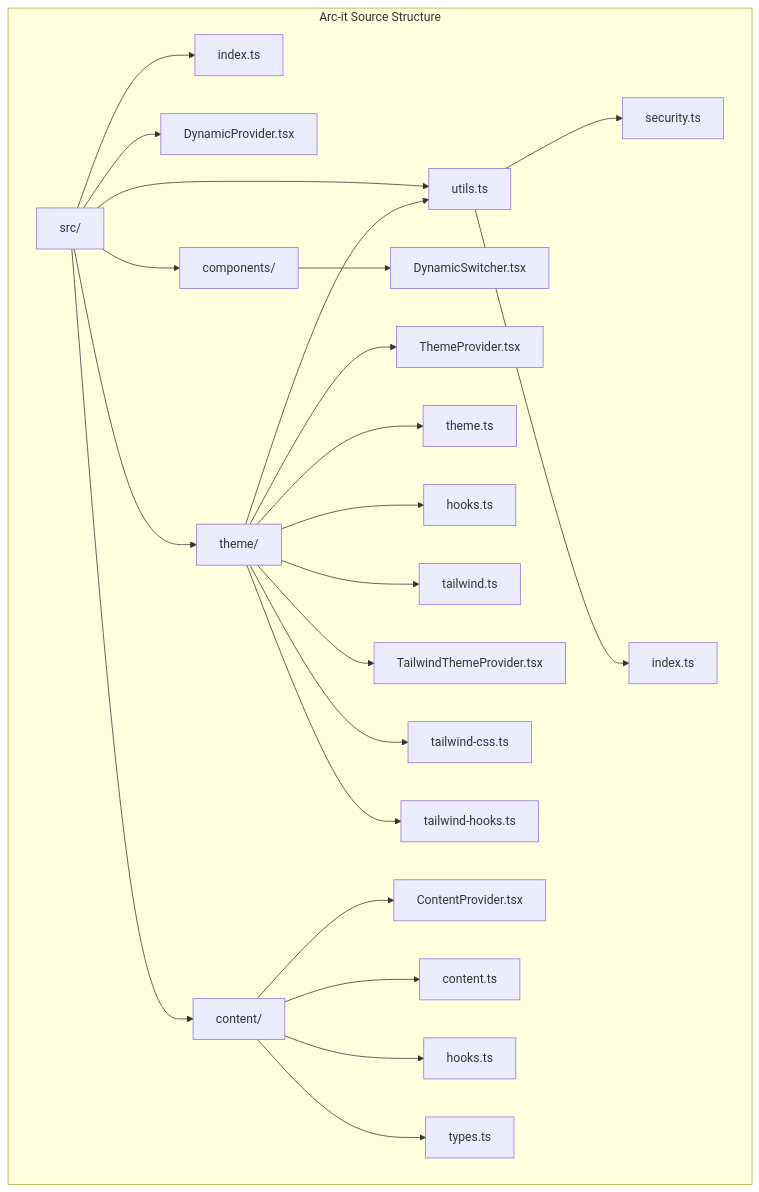
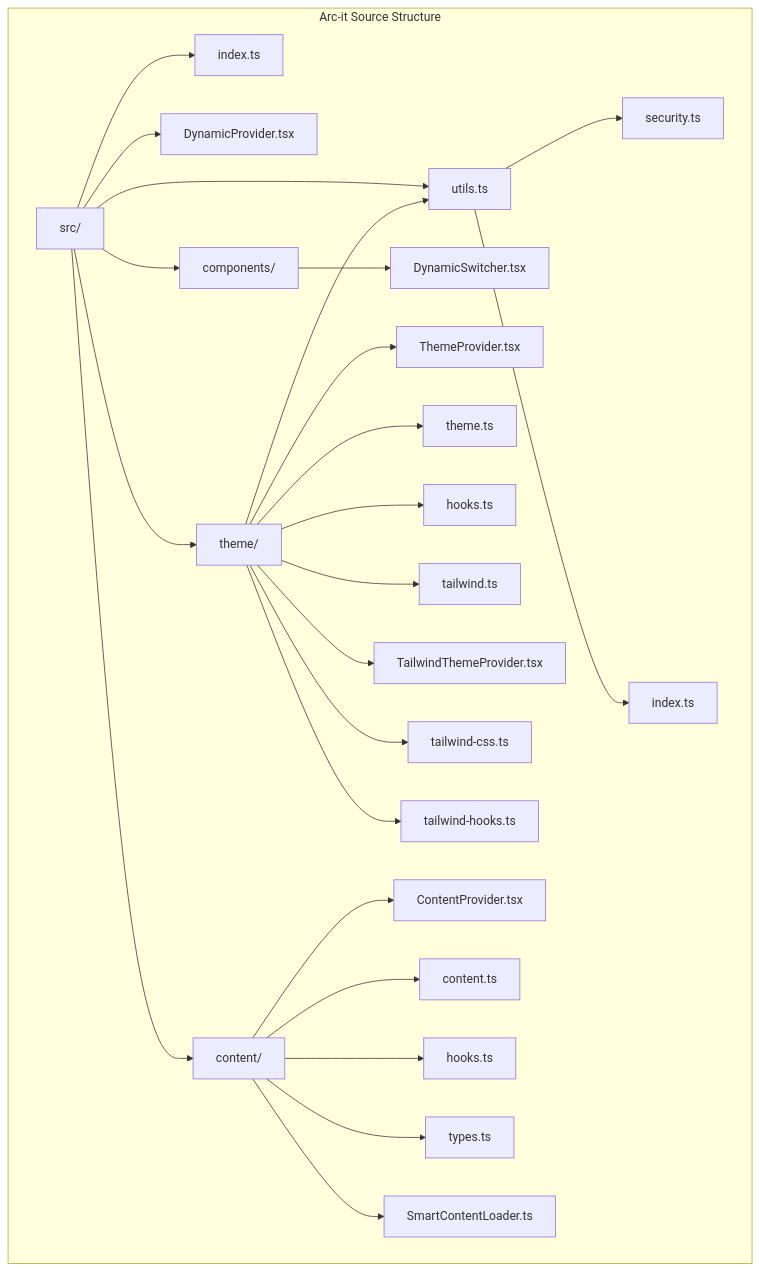
Before and after one commit to AahrbitX/Arc-it: diagram 16 of 21 in ARCHITECTURE.md, drawn with Mermaid. The commit also changed other lines of this file and 7 other files, not shown here.

Commit message:
Update all documentation for Arc-it 1.1.0 with Smart Content Loading features

````diff
--- a/ARCHITECTURE.md
+++ b/ARCHITECTURE.md
@@ -432,31 +529,32 @@
 ```mermaid
 graph TD
     subgraph "Arc-it Source Structure"
         ROOT[src/]
         ROOT --> INDEX[index.ts]
         ROOT --> DP[DynamicProvider.tsx]
         ROOT --> COMP[components/]
         ROOT --> THEME[theme/]
         ROOT --> CONTENT[content/]
         ROOT --> UTILS[utils/]
         
         COMP --> DS[DynamicSwitcher.tsx]
         
         THEME --> TP[ThemeProvider.tsx]
         THEME --> TH[theme.ts]
         THEME --> HOOKS[hooks.ts]
         THEME --> TAILWIND[tailwind.ts]
         THEME --> TTP[TailwindThemeProvider.tsx]
         THEME --> TWC[tailwind-css.ts]
         THEME --> TWH[tailwind-hooks.ts]
         THEME --> UTILS[utils.ts]
         
         CONTENT --> CP[ContentProvider.tsx]
         CONTENT --> CT[content.ts]
         CONTENT --> CH[hooks.ts]
         CONTENT --> TYPES[types.ts]
+        CONTENT --> SCL[SmartContentLoader.ts]
         
         UTILS --> SEC[security.ts]
         UTILS --> UTIL[index.ts]
     end
 ```
````
